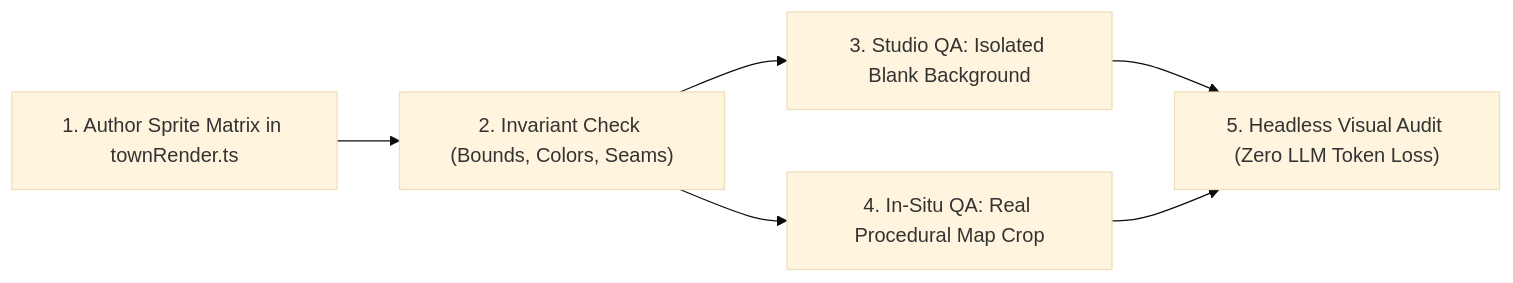
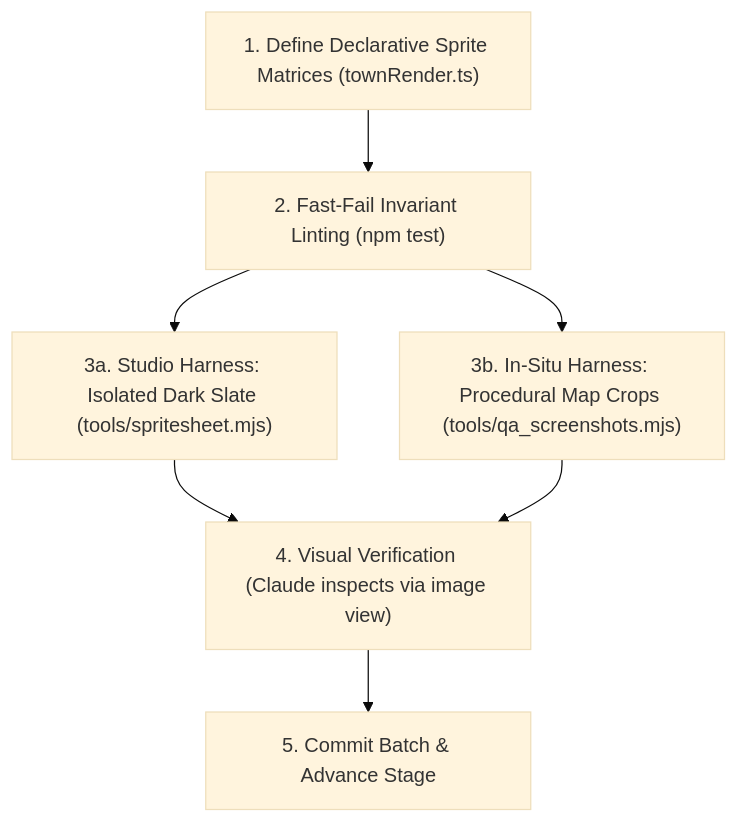
The second of 2 diagrams in docs/ROADMAP_SDD.md (brennansk1/Flock), drawn with Mermaid (base theme) before and after one commit. The commit also changed other lines of this file and 1 other file, not shown here.

Commit message:
docs: grant total creative freedom across strategy and menus, and detail bulk sprite dual-QA pipeline

````diff
--- a/docs/ROADMAP_SDD.md
+++ b/docs/ROADMAP_SDD.md
@@ -92,8 +92,9 @@
 ```mermaid
-flowchart LR
-    Code["1. Author Sprite Matrix in townRender.ts"] --> Test["2. Invariant Check (Bounds, Colors, Seams)"]
-    Test --> Studio["3. Studio QA: Isolated Blank Background"]
-    Test --> Map["4. In-Situ QA: Real Procedural Map Crop"]
-    Studio --> VisualDiff["5. Headless Visual Audit (Zero LLM Token Loss)"]
-    Map --> VisualDiff
+flowchart TD
+    A["1. Define Declarative Sprite Matrices (townRender.ts)"] --> B["2. Fast-Fail Invariant Linting (npm test)"]
+    B --> C1["3a. Studio Harness: Isolated Dark Slate (tools/spritesheet.mjs)"]
+    B --> C2["3b. In-Situ Harness: Procedural Map Crops (tools/qa_screenshots.mjs)"]
+    C1 --> D["4. Visual Verification (Claude inspects via image view)"]
+    C2 --> D
+    D --> E["5. Commit Batch & Advance Stage"]
 ```
````
